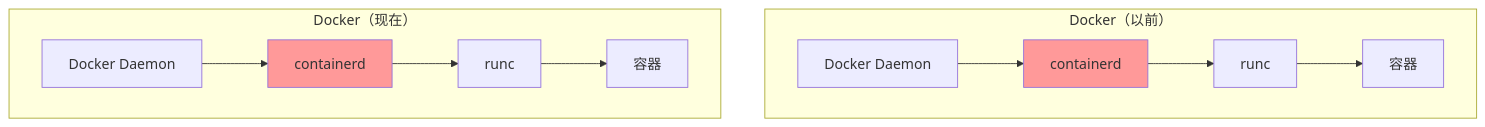
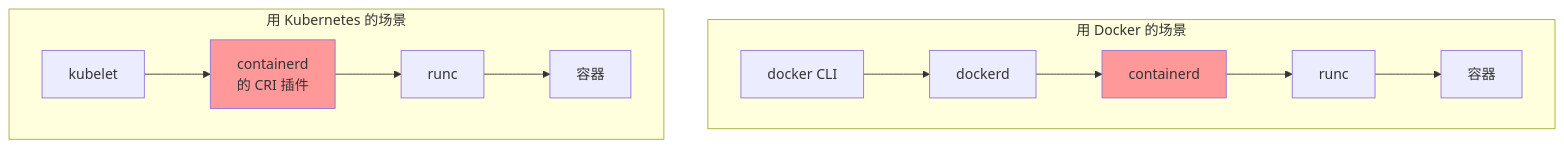
One commit to before80/prgms changed the first of 6 diagrams in content/linux/container/Chapter-51-Containerd-and-Podman.md. Above: the diagram before and after it, drawn with Mermaid. The commit also changed other lines of this file and 1645 other files, not shown here.

````diff
--- a/content/linux/container/Chapter-51-Containerd-and-Podman.md
+++ b/content/linux/container/Chapter-51-Containerd-and-Podman.md
@@ -22,19 +22,18 @@
 ```mermaid
 flowchart TB
-    subgraph "Docker（以前）"
-        D[Docker Daemon]
-        D --> C[containerd]
-        C --> R[runc]
-        R --> Cont[容器]
+    subgraph "用 Docker 的场景"
+        DC[docker CLI] --> DD[dockerd]
+        DD --> C1[containerd]
+        C1 --> R1[runc]
+        R1 --> Cont1[容器]
     end
     
-    subgraph "Docker（现在）"
-        D2[Docker Daemon]
-        D2 --> C2[containerd]
+    subgraph "用 Kubernetes 的场景"
+        K[kubelet] --> C2[containerd<br/>的 CRI 插件]
         C2 --> R2[runc]
         R2 --> Cont2[容器]
     end
     
-    style C fill:#ff9999
+    style C1 fill:#ff9999
     style C2 fill:#ff9999
 ```
````
